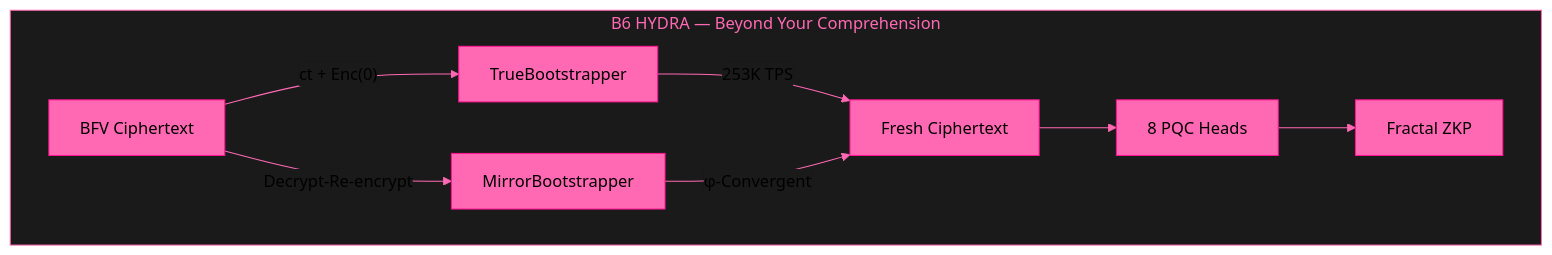
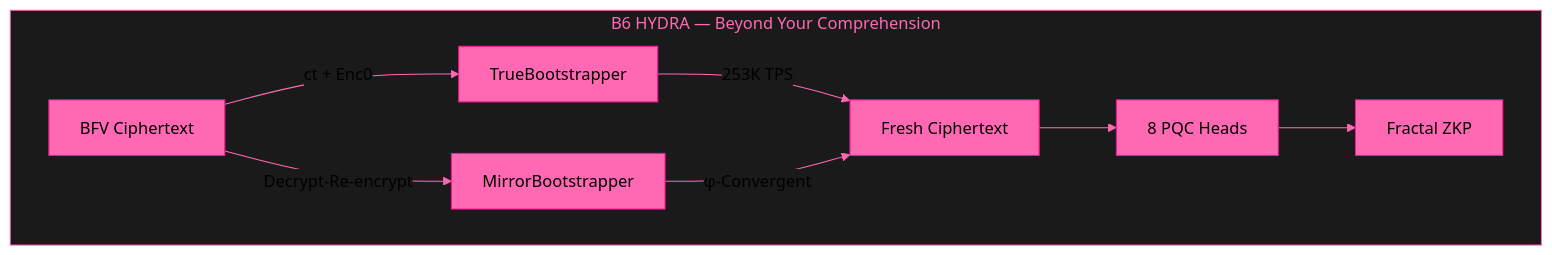
The diagram in README.md (primordialomegazero/BeyondYourComprehensionFHE), drawn with Mermaid before and after one commit. The commit also changed other lines of this file and 3 other files, not shown here.

````diff
--- a/README.md
+++ b/README.md
@@ -12,19 +22,19 @@
 ```mermaid
 %%{init: {'theme': 'base', 'themeVariables': { 'primaryColor': '#ff69b4', 'primaryTextColor': '#000000', 'primaryBorderColor': '#ff1493', 'lineColor': '#ff69b4', 'tertiaryColor': '#1a1a1a', 'background': '#1a1a1a', 'mainBkg': '#1a1a1a', 'nodeBorder': '#ff69b4', 'clusterBkg': '#1a1a1a', 'clusterBorder': '#ff69b4', 'titleColor': '#ff69b4', 'edgeLabelBackground': '#1a1a1a', 'nodeTextColor': '#000000'}}}%%
 graph TB
     subgraph "B6 HYDRA — Beyond Your Comprehension"
-        A[BFV Ciphertext] -->|"ct + Enc(0)"| B[TrueBootstrapper]
-        B -->|"253K TPS"| C[Fresh Ciphertext]
+        A[BFV Ciphertext] -->|ct + Enc0| B[TrueBootstrapper]
+        B -->|253K TPS| C[Fresh Ciphertext]
         A -->|Decrypt-Re-encrypt| D[MirrorBootstrapper]
-        D -->|"φ-Convergent"| C
+        D -->|φ-Convergent| C
         C --> E[8 PQC Heads]
         E --> F[Fractal ZKP]
     end
     
     style A fill:#ff69b4,stroke:#ff1493,color:#000000
     style B fill:#ff69b4,stroke:#ff1493,color:#000000
     style C fill:#ff69b4,stroke:#ff1493,color:#000000
     style D fill:#ff69b4,stroke:#ff1493,color:#000000
     style E fill:#ff69b4,stroke:#ff1493,color:#000000
     style F fill:#ff69b4,stroke:#ff1493,color:#000000
 ```
````
